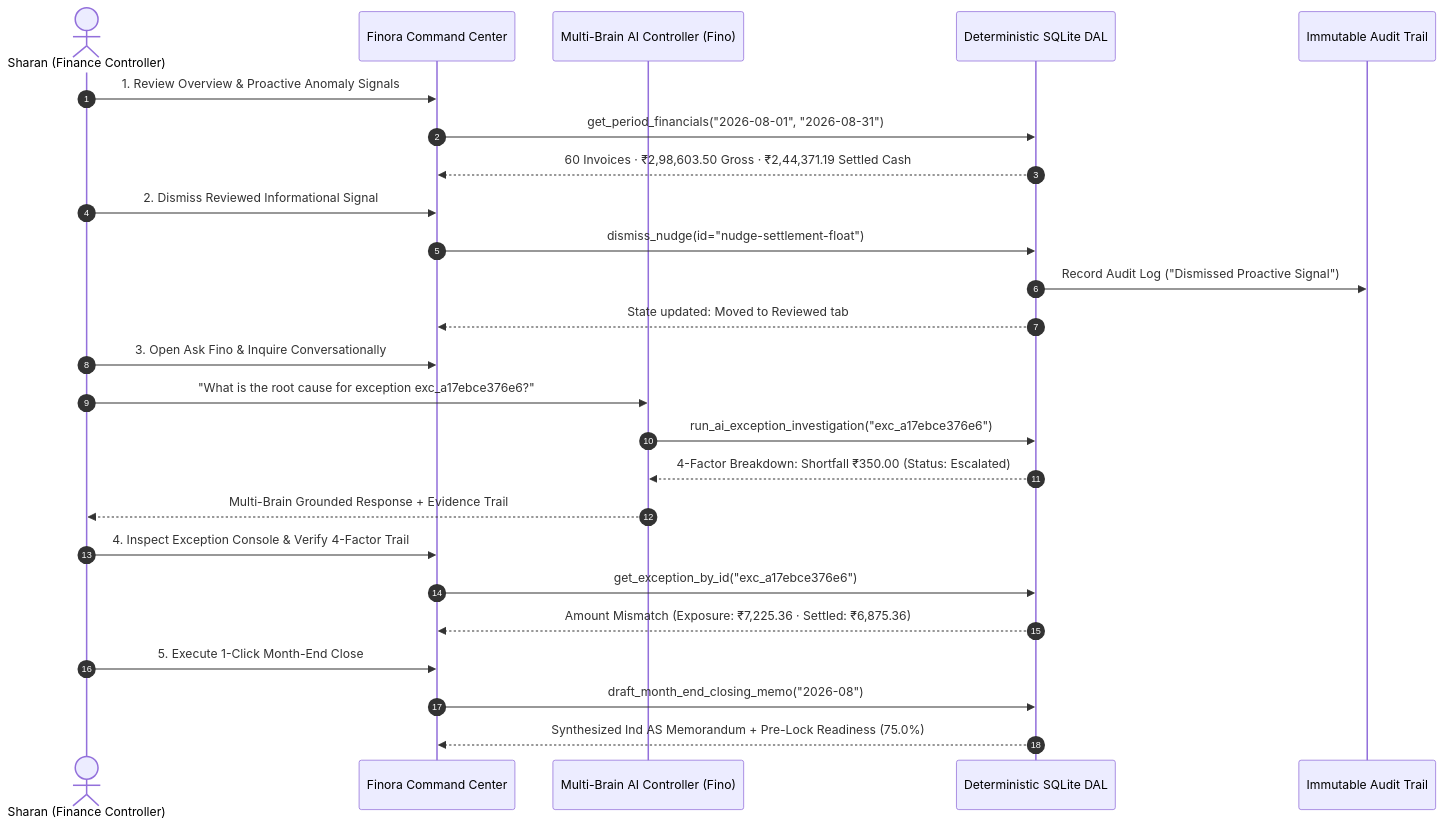
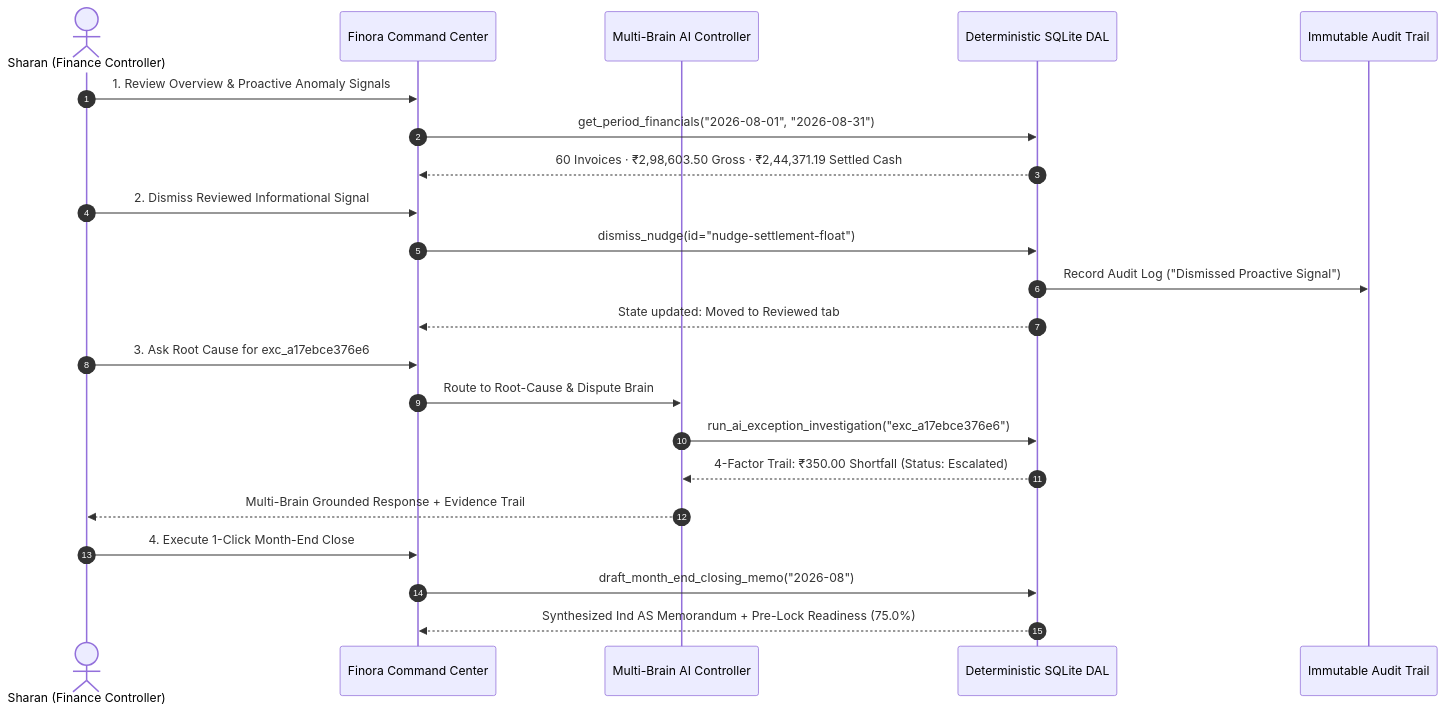
One commit to sharancode3/Finora changed the third of 4 diagrams in README.md. Above: the diagram before and after it, drawn with Mermaid. The commit also changed other lines of this file, not shown here.

Commit message:
docs: streamline architecture diagrams to compact horizontal flows with zero vertical bloat

````diff
--- a/README.md
+++ b/README.md
@@ -190,28 +161,25 @@
 ```mermaid
 sequenceDiagram
     autonumber
     actor Controller as Sharan (Finance Controller)
     participant UI as Finora Command Center
-    participant Agent as Multi-Brain AI Controller (Fino)
+    participant Agent as Multi-Brain AI Controller
     participant Core as Deterministic SQLite DAL
     participant Audit as Immutable Audit Trail
 
     Controller->>UI: 1. Review Overview & Proactive Anomaly Signals
     UI->>Core: get_period_financials("2026-08-01", "2026-08-31")
     Core-->>UI: 60 Invoices · ₹2,98,603.50 Gross · ₹2,44,371.19 Settled Cash
     Controller->>UI: 2. Dismiss Reviewed Informational Signal
     UI->>Core: dismiss_nudge(id="nudge-settlement-float")
     Core->>Audit: Record Audit Log ("Dismissed Proactive Signal")
     Core-->>UI: State updated: Moved to Reviewed tab
-    Controller->>UI: 3. Open Ask Fino & Inquire Conversationally
-    Controller->>Agent: "What is the root cause for exception exc_a17ebce376e6?"
+    Controller->>UI: 3. Ask Root Cause for exc_a17ebce376e6
+    UI->>Agent: Route to Root-Cause & Dispute Brain
     Agent->>Core: run_ai_exception_investigation("exc_a17ebce376e6")
-    Core-->>Agent: 4-Factor Breakdown: Shortfall ₹350.00 (Status: Escalated)
+    Core-->>Agent: 4-Factor Trail: ₹350.00 Shortfall (Status: Escalated)
     Agent-->>Controller: Multi-Brain Grounded Response + Evidence Trail
-    Controller->>UI: 4. Inspect Exception Console & Verify 4-Factor Trail
-    UI->>Core: get_exception_by_id("exc_a17ebce376e6")
-    Core-->>UI: Amount Mismatch (Exposure: ₹7,225.36 · Settled: ₹6,875.36)
-    Controller->>UI: 5. Execute 1-Click Month-End Close
+    Controller->>UI: 4. Execute 1-Click Month-End Close
     UI->>Core: draft_month_end_closing_memo("2026-08")
     Core-->>UI: Synthesized Ind AS Memorandum + Pre-Lock Readiness (75.0%)
 ```
````
